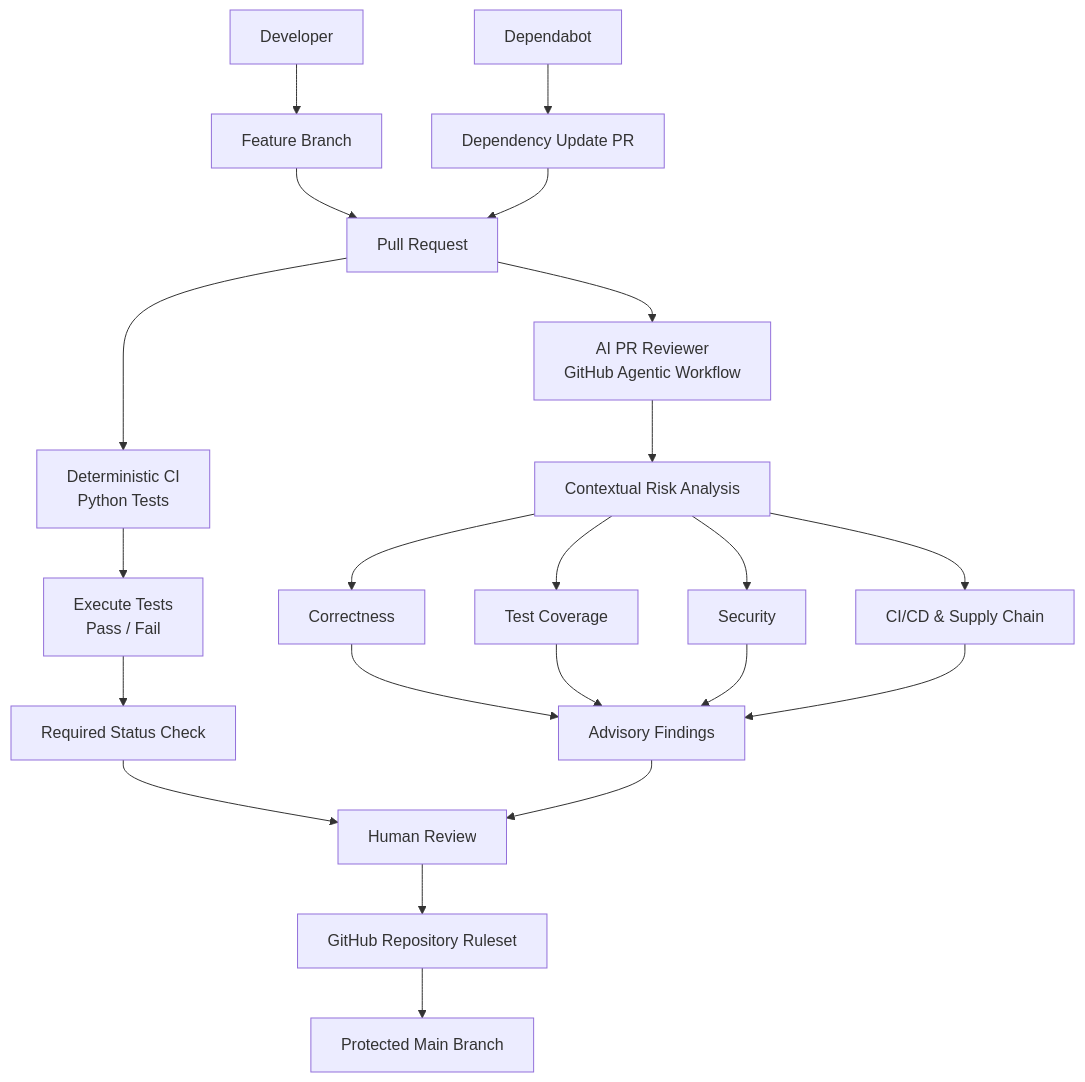
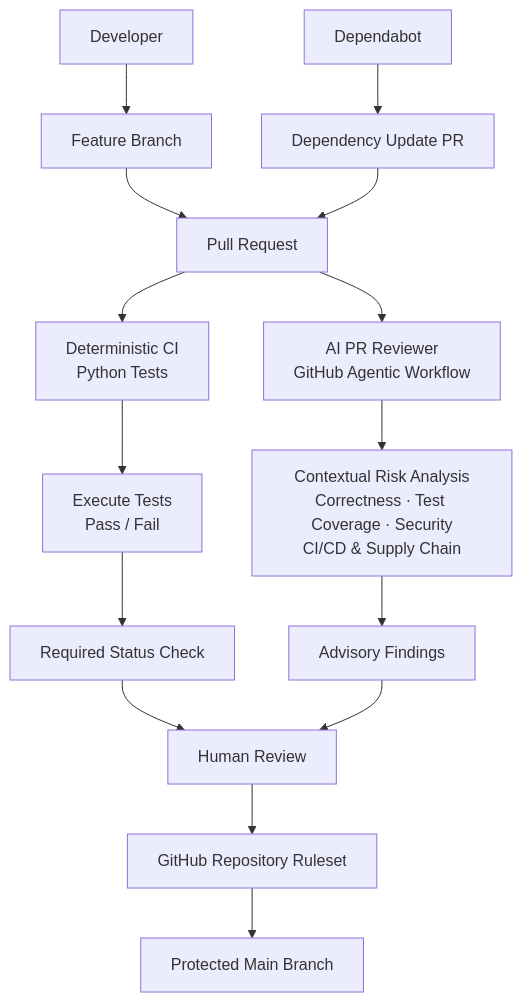
Before and after one commit to StarAndStripe/agentic-devsecops-pipeline: the diagram in README.md, drawn with Mermaid. The commit also changed other lines of this file, not shown here.

Commit message:
docs: simplify Agentic DevSecOps architecture diagram

````diff
--- a/README.md
+++ b/README.md
@@ -51,31 +50,23 @@
 ```mermaid
 flowchart TD
     DEV["Developer"] --> BRANCH["Feature Branch"]
     BRANCH --> PR["Pull Request"]
 
+    DEP["Dependabot"] --> UPDATE["Dependency Update PR"]
+    UPDATE --> PR
+
     PR --> CI["Deterministic CI<br/>Python Tests"]
     PR --> AGENT["AI PR Reviewer<br/>GitHub Agentic Workflow"]
 
     CI --> TESTS["Execute Tests<br/>Pass / Fail"]
+    TESTS --> REQUIRED["Required Status Check"]
 
-    AGENT --> ANALYSIS["Contextual Risk Analysis"]
-    ANALYSIS --> CORRECTNESS["Correctness"]
-    ANALYSIS --> COVERAGE["Test Coverage"]
-    ANALYSIS --> SECURITY["Security"]
-    ANALYSIS --> SUPPLY["CI/CD & Supply Chain"]
-
-    TESTS --> REQUIRED["Required Status Check"]
-    CORRECTNESS --> ADVISORY["Advisory Findings"]
-    COVERAGE --> ADVISORY
-    SECURITY --> ADVISORY
-    SUPPLY --> ADVISORY
+    AGENT --> ANALYSIS["Contextual Risk Analysis<br/>Correctness · Test Coverage · Security<br/>CI/CD & Supply Chain"]
+    ANALYSIS --> ADVISORY["Advisory Findings"]
 
     REQUIRED --> HUMAN["Human Review"]
     ADVISORY --> HUMAN
 
     HUMAN --> RULESET["GitHub Repository Ruleset"]
     RULESET --> MAIN["Protected Main Branch"]
-
-    DEP["Dependabot"] --> UPDATE["Dependency Update PR"]
-    UPDATE --> PR
 ```
````
